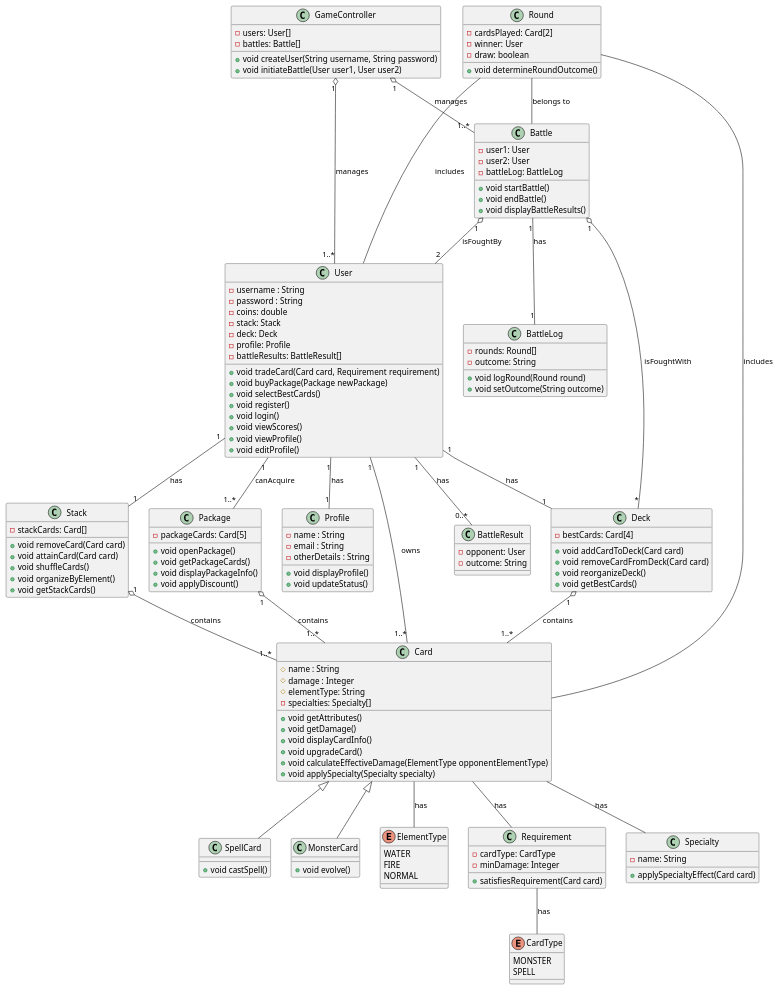
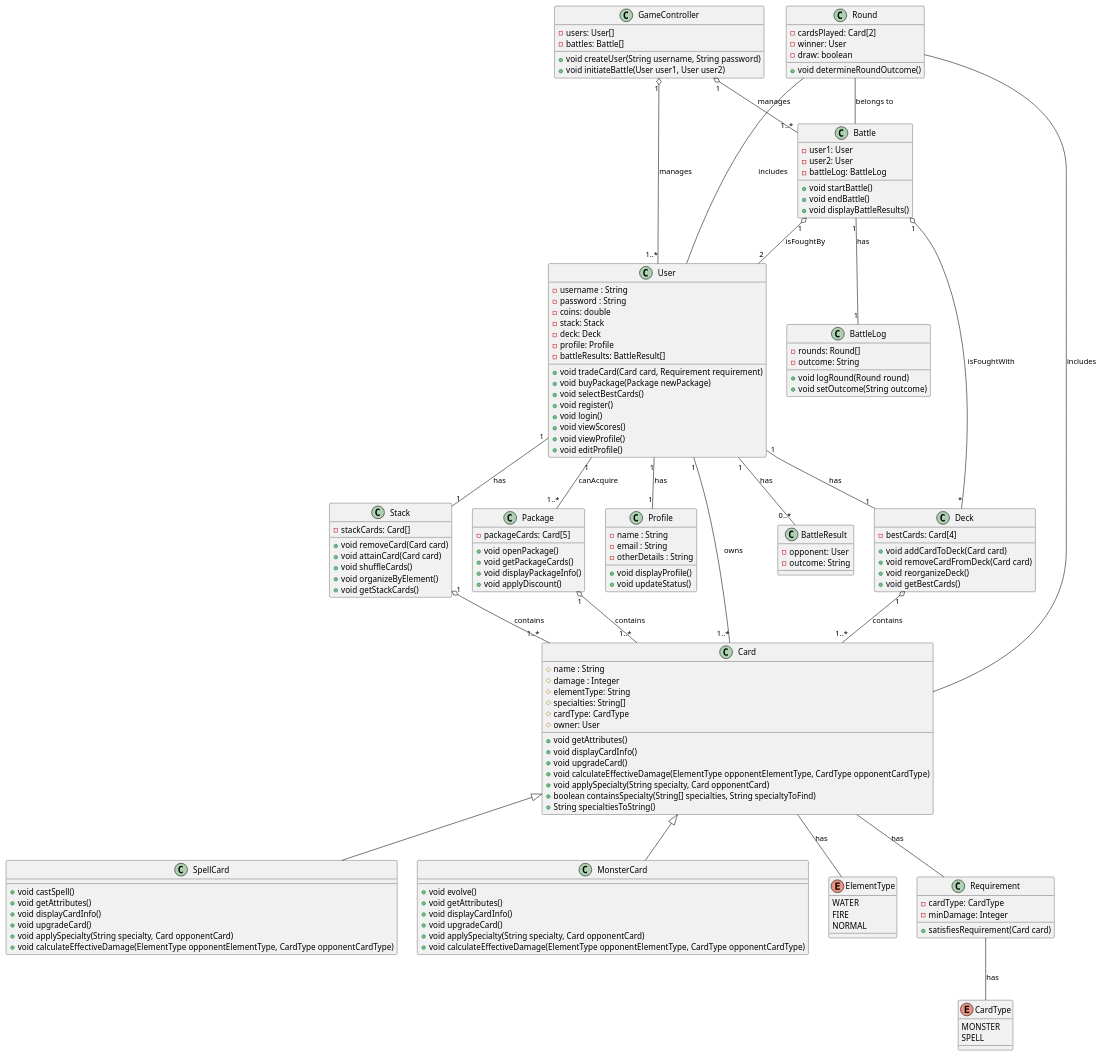
One commit to gregory567/Monster-Trading-Cards-Game-MTCG changed the diagram in src/main/java/org/example/Klassen.puml. Above: the diagram before and after it, drawn with PlantUML. The commit also changed 6 other files, not shown here.

Commit message:
updated the user and profile classes & deleted the specialty class and updated the card, spellcard and monstercard classes accordingly & updated the plantuml diagram accordingly

```diff
--- a/src/main/java/org/example/Klassen.puml
+++ b/src/main/java/org/example/Klassen.puml
@@ -1,163 +1,170 @@
 @startuml
 'https://plantuml.com/sequence-diagram
 
 class User {
     - username : String
     - password : String
     - coins: double
     - stack: Stack
     - deck: Deck
     - profile: Profile
     - battleResults: BattleResult[]
     + void tradeCard(Card card, Requirement requirement)
     + void buyPackage(Package newPackage)
     + void selectBestCards()
     + void register()
     + void login()
     + void viewScores()
     + void viewProfile()
     + void editProfile()
 }
 
 class Profile {
     - name : String
     - email : String
     - otherDetails : String
     + void displayProfile()
     + void updateStatus()
 }
 
 class Card {
     # name : String
     # damage : Integer
     # elementType: String
-    - specialties: Specialty[]
+    # specialties: String[]
+    # cardType: CardType
+    # owner: User
     + void getAttributes()
-    + void getDamage()
     + void displayCardInfo()
     + void upgradeCard()
-    + void calculateEffectiveDamage(ElementType opponentElementType)
-    + void applySpecialty(Specialty specialty)
+    + void calculateEffectiveDamage(ElementType opponentElementType, CardType opponentCardType)
+    + void applySpecialty(String specialty, Card opponentCard)
+    + boolean containsSpecialty(String[] specialties, String specialtyToFind)
+    + String specialtiesToString()
 }
 
 class SpellCard {
     + void castSpell()
+    + void getAttributes()
+    + void displayCardInfo()
+    + void upgradeCard()
+    + void applySpecialty(String specialty, Card opponentCard)
+    + void calculateEffectiveDamage(ElementType opponentElementType, CardType opponentCardType)
 }
 
 class MonsterCard {
     + void evolve()
+    + void getAttributes()
+    + void displayCardInfo()
+    + void upgradeCard()
+    + void applySpecialty(String specialty, Card opponentCard)
+    + void calculateEffectiveDamage(ElementType opponentElementType, CardType opponentCardType)
 }
 
 class Stack{
     - stackCards: Card[]
     + void removeCard(Card card)
     + void attainCard(Card card)
     + void shuffleCards()
     + void organizeByElement()
     + void getStackCards()
 }
 
 class Package {
     - packageCards: Card[5]
     + void openPackage()
     + void getPackageCards()
     + void displayPackageInfo()
     + void applyDiscount()
 }
 
 class Deck {
     - bestCards: Card[4]
     + void addCardToDeck(Card card)
     + void removeCardFromDeck(Card card)
     + void reorganizeDeck()
     + void getBestCards()
 }
 
 enum ElementType {
     WATER
     FIRE
     NORMAL
 }
 
 class Requirement {
     - cardType: CardType
     - minDamage: Integer
     + satisfiesRequirement(Card card)
 }
 
 enum CardType {
     MONSTER
     SPELL
-}
-
-class Specialty {
-    - name: String
-    + applySpecialtyEffect(Card card)
 }
 
 class Battle {
     - user1: User
     - user2: User
     - battleLog: BattleLog
     + void startBattle()
     + void endBattle()
     + void displayBattleResults()
 }
 
 class GameController {
     - users: User[]
     - battles: Battle[]
     + void createUser(String username, String password)
     + void initiateBattle(User user1, User user2)
 }
 
 class BattleLog {
     - rounds: Round[]
     - outcome: String
     + void logRound(Round round)
     + void setOutcome(String outcome)
 }
 
 class Round {
     - cardsPlayed: Card[2]
     - winner: User
     - draw: boolean
     + void determineRoundOutcome()
 }
 
 class BattleResult {
     - opponent: User
     - outcome: String
 }
 
 Card <|-- MonsterCard
 Card <|-- SpellCard
 
 User "1" -- "1..*" Card : owns
 User "1" -- "1" Deck : has
 User "1" -- "1..*" Package : canAcquire
 User "1" -- "1" Stack : has
 User "1" -- "1" Profile : has
 User "1" -- "0..*" BattleResult : has
 
 Stack "1" o-- "1..*" Card : contains
 Package "1" o-- "1..*" Card : contains
 Deck "1" o-- "1..*" Card : contains
 
 Battle "1" o-- "*" Deck : isFoughtWith
 Battle "1" o-- "2" User : isFoughtBy
 Battle "1" -- "1" BattleLog : has
 
 GameController "1" o-- "1..*" User : manages
 GameController "1" o-- "1..*" Battle : manages
 
 Card -- ElementType : has
 Card -- Requirement : has
 Requirement -- CardType : has
-Card -- Specialty : has
 
 Round -- Card : includes
 Round -- User : includes
 Round -- Battle : belongs to
 
 @enduml
```
